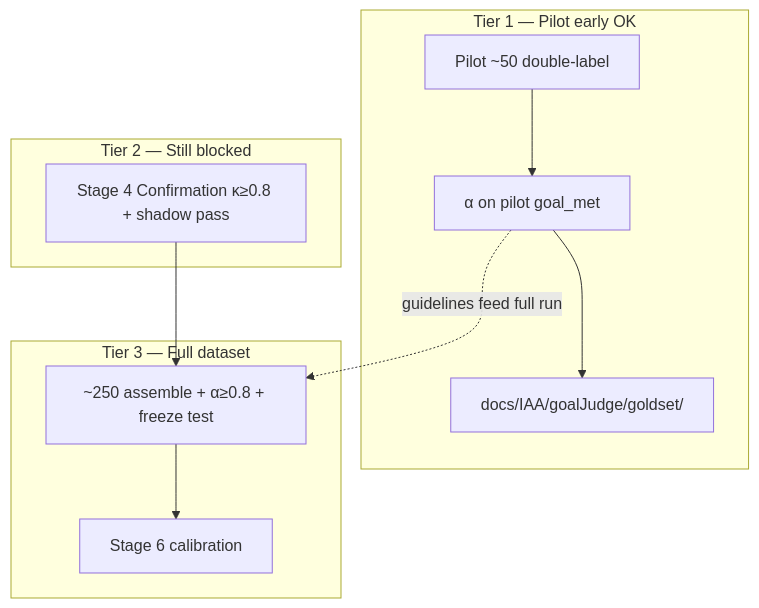
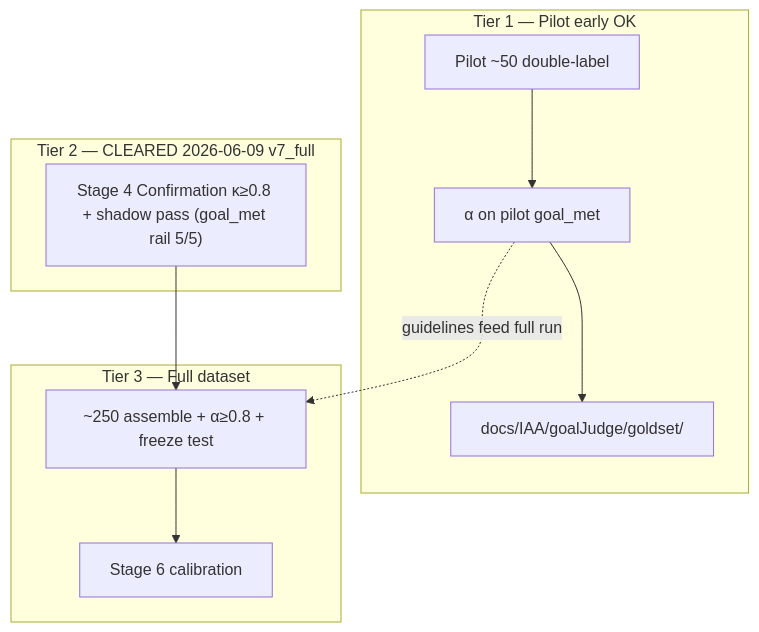
One commit to rajnishkhatri/AgentsFramework changed the second of 2 diagrams in docs/plans/goaljudge_stage5_goldset.plan.md. Above: the diagram before and after it, drawn with Mermaid. The commit also changed other lines of this file and 13 other files, not shown here.

First line of the commit message:
feat(goaljudge): clear Tier 2 shadow gate and scaffold Tier 3 assembly

````diff
--- a/docs/plans/goaljudge_stage5_goldset.plan.md
+++ b/docs/plans/goaljudge_stage5_goldset.plan.md
@@ -138,18 +137,18 @@
 ```mermaid
 flowchart TD
   subgraph tier1 [Tier 1 — Pilot early OK]
     Pilot50["Pilot ~50 double-label"]
     AlphaPilot["α on pilot goal_met"]
     IAAReports["docs/IAA/goalJudge/goldset/"]
   end
-  subgraph tier2 [Tier 2 — Still blocked]
-    S4Conf["Stage 4 Confirmation κ≥0.8 + shadow pass"]
+  subgraph tier2 [Tier 2 — CLEARED 2026-06-09 v7_full]
+    S4Conf["Stage 4 Confirmation κ≥0.8 + shadow pass (goal_met rail 5/5)"]
   end
   subgraph tier3 [Tier 3 — Full dataset]
     Full250["~250 assemble + α≥0.8 + freeze test"]
     S6["Stage 6 calibration"]
   end
   Pilot50 --> AlphaPilot --> IAAReports
   S4Conf --> Full250 --> S6
   AlphaPilot -. "guidelines feed full run" .-> Full250
 ```
````
